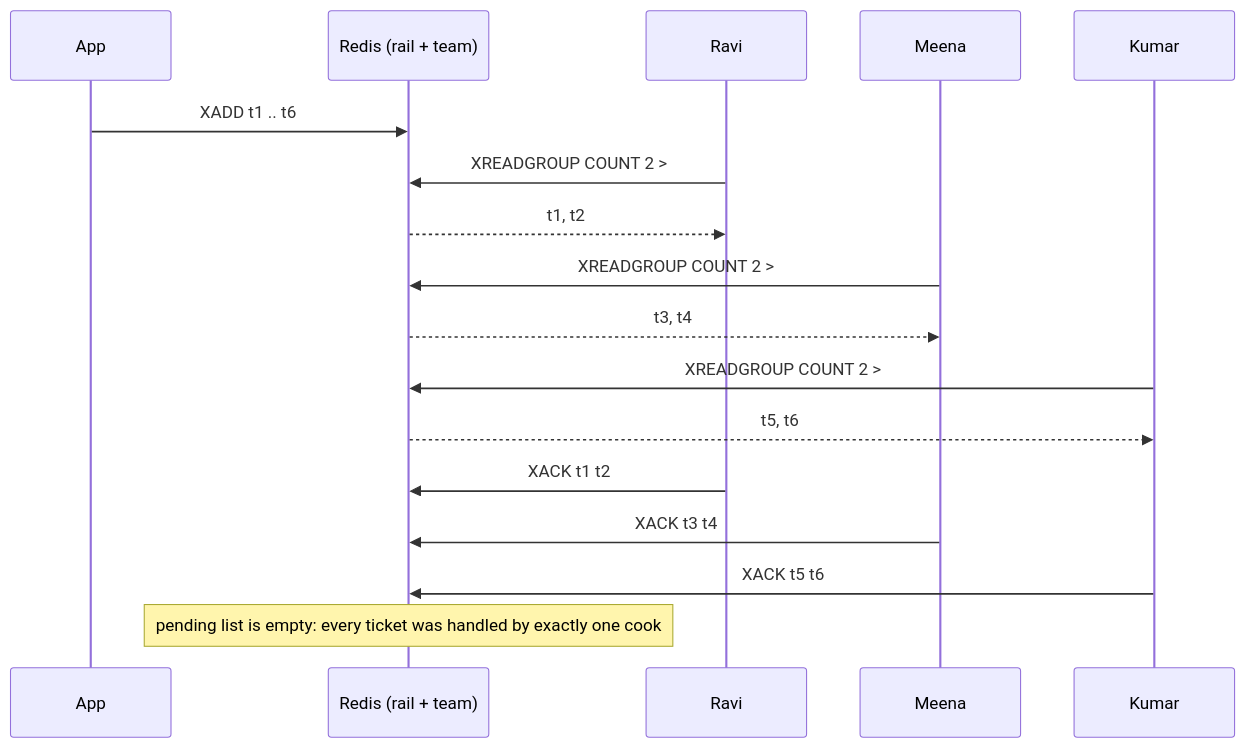
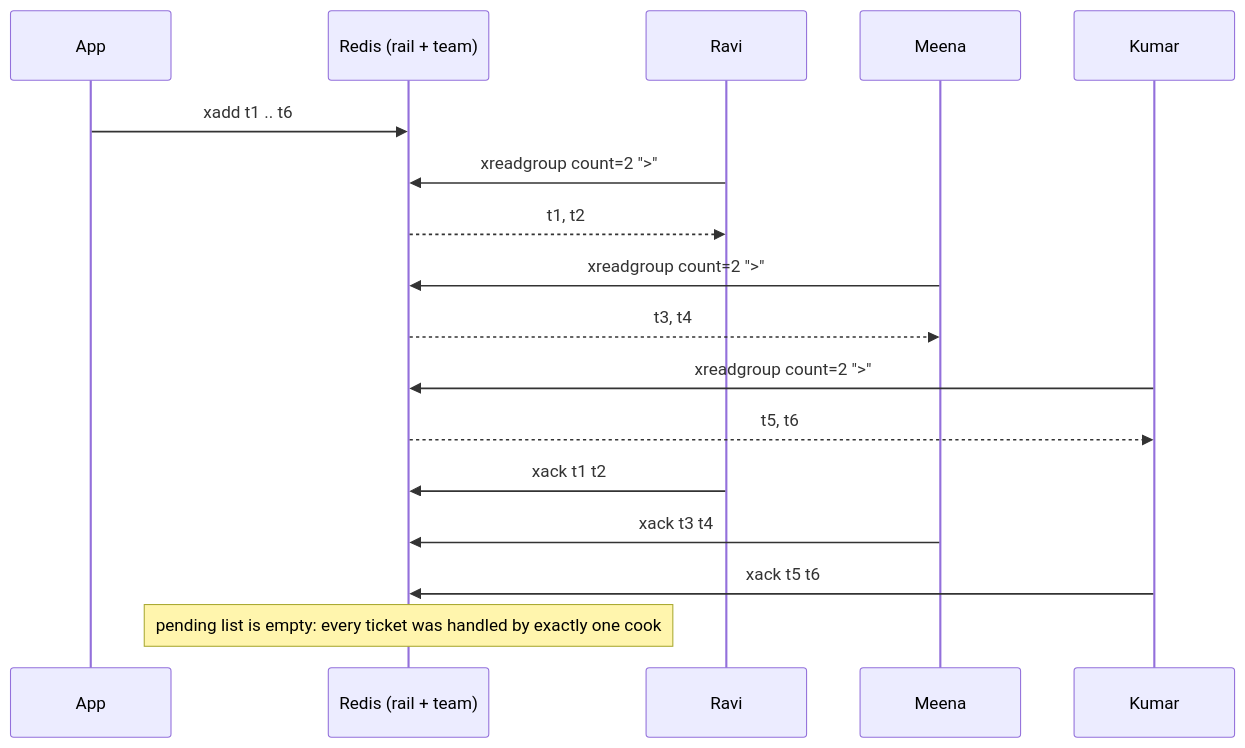
One commit to selvakumarperumal/Regulatory_Circular_Impact_Agent changed diagram 17 of 31 in redis.md. Above: the diagram before and after it, drawn with Mermaid. The commit also changed other lines of this file, not shown here.

````diff
--- a/redis.md
+++ b/redis.md
@@ -1691,19 +2183,19 @@
 ```mermaid
 sequenceDiagram
     participant App
     participant R as Redis (rail + team)
     participant Ravi
     participant Meena
     participant Kumar
-    App->>R: XADD t1 .. t6
-    Ravi->>R: XREADGROUP COUNT 2 >
+    App->>R: xadd t1 .. t6
+    Ravi->>R: xreadgroup count=2 ">"
     R-->>Ravi: t1, t2
-    Meena->>R: XREADGROUP COUNT 2 >
+    Meena->>R: xreadgroup count=2 ">"
     R-->>Meena: t3, t4
-    Kumar->>R: XREADGROUP COUNT 2 >
+    Kumar->>R: xreadgroup count=2 ">"
     R-->>Kumar: t5, t6
-    Ravi->>R: XACK t1 t2
-    Meena->>R: XACK t3 t4
-    Kumar->>R: XACK t5 t6
+    Ravi->>R: xack t1 t2
+    Meena->>R: xack t3 t4
+    Kumar->>R: xack t5 t6
     Note over R: pending list is empty: every ticket was handled by exactly one cook
 ```
````
